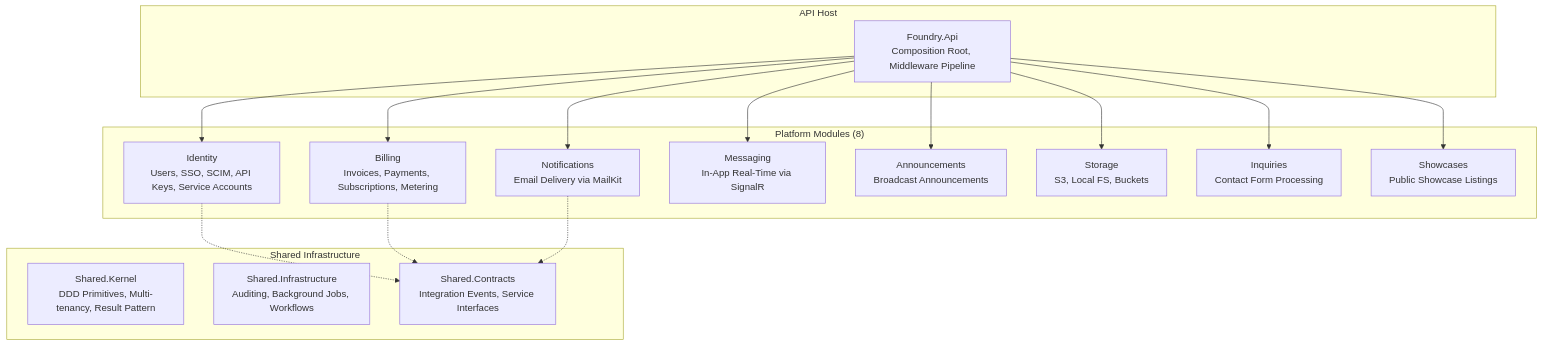
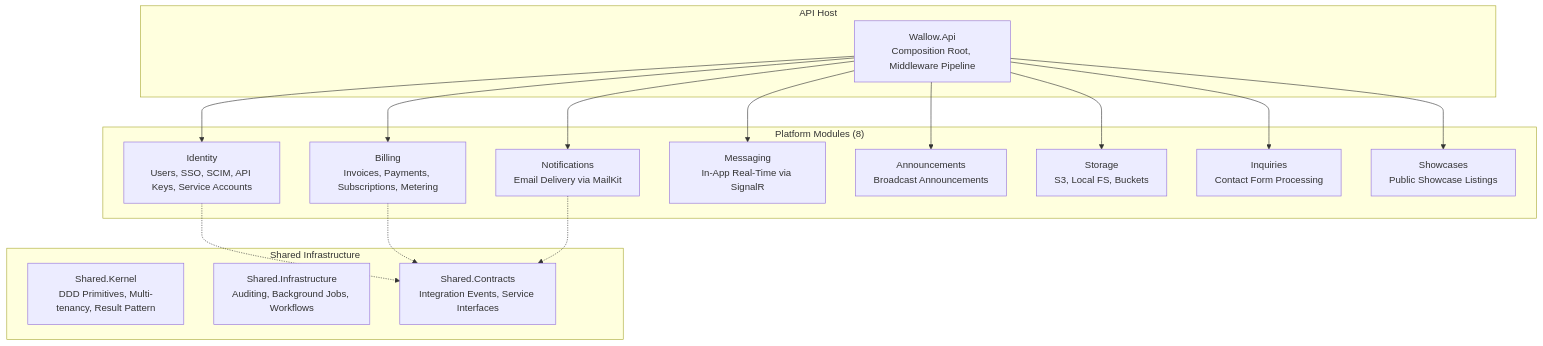
Before and after one commit to bc-solutions-coder/wallow: the first of 6 diagrams in docs/architecture/ARCHITECTURE-DIAGRAMS.md, drawn with Mermaid. The commit also changed other lines of this file and 3486 other files, not shown here.

First line of the commit message:
refactor!: rename project from Foundry to Wallow

````diff
--- a/docs/architecture/ARCHITECTURE-DIAGRAMS.md
+++ b/docs/architecture/ARCHITECTURE-DIAGRAMS.md
@@ -26,36 +26,36 @@
 ```mermaid
 graph TB
     subgraph "Platform Modules (8)"
         Identity[Identity<br/>Users, SSO, SCIM, API Keys, Service Accounts]
         Billing[Billing<br/>Invoices, Payments, Subscriptions, Metering]
         Notifications[Notifications<br/>Email Delivery via MailKit]
         Messaging[Messaging<br/>In-App Real-Time via SignalR]
         Announcements[Announcements<br/>Broadcast Announcements]
         Storage[Storage<br/>S3, Local FS, Buckets]
         Inquiries[Inquiries<br/>Contact Form Processing]
         Showcases[Showcases<br/>Public Showcase Listings]
     end
 
     subgraph "Shared Infrastructure"
         SharedKernel[Shared.Kernel<br/>DDD Primitives, Multi-tenancy, Result Pattern]
         SharedInfra[Shared.Infrastructure<br/>Auditing, Background Jobs, Workflows]
         SharedContracts[Shared.Contracts<br/>Integration Events, Service Interfaces]
     end
 
     subgraph "API Host"
-        Api[Foundry.Api<br/>Composition Root, Middleware Pipeline]
+        Api[Wallow.Api<br/>Composition Root, Middleware Pipeline]
     end
 
     Identity -.-> SharedContracts
     Billing -.-> SharedContracts
     Notifications -.-> SharedContracts
 
     Api --> Identity
     Api --> Billing
     Api --> Notifications
     Api --> Messaging
     Api --> Announcements
     Api --> Storage
     Api --> Inquiries
     Api --> Showcases
 ```
````
